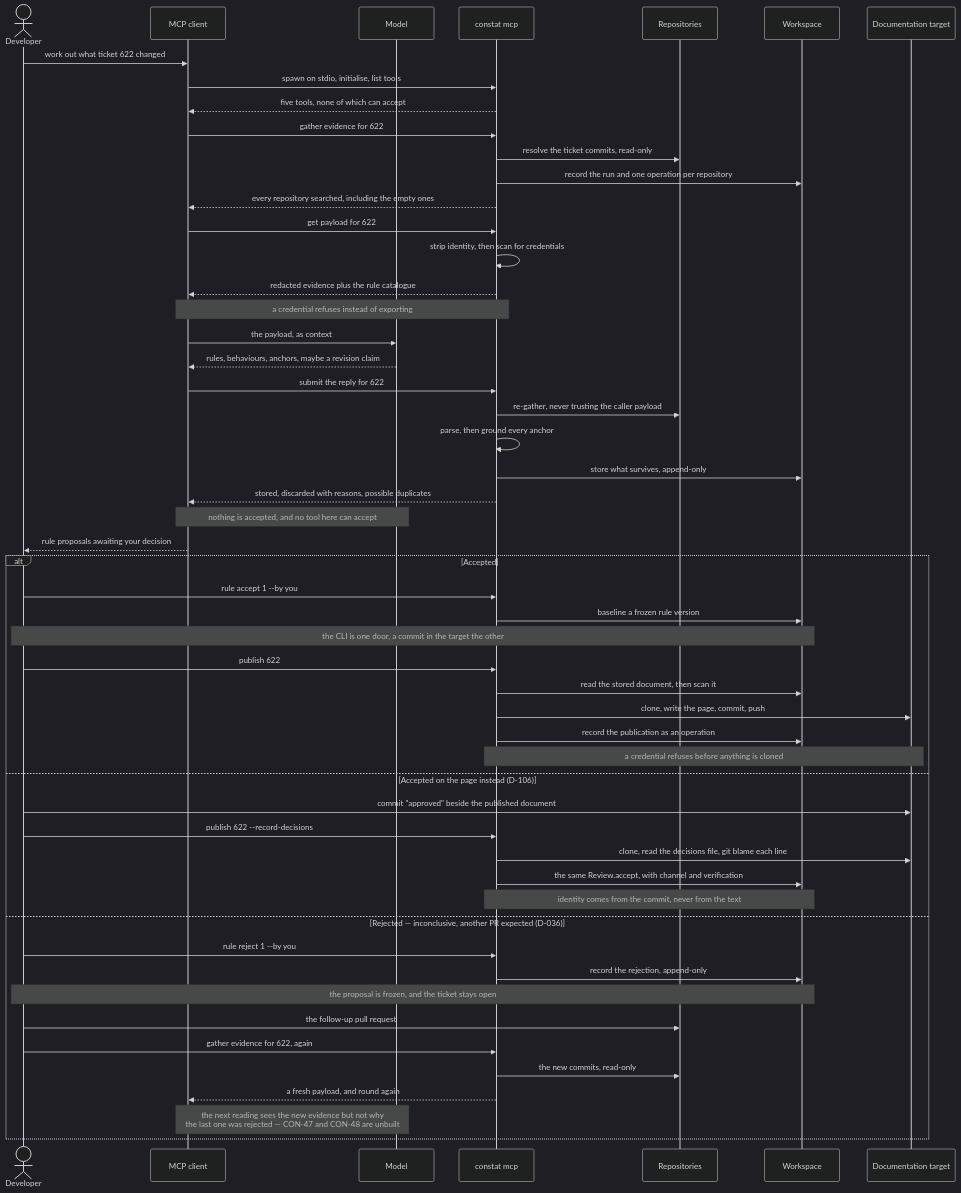
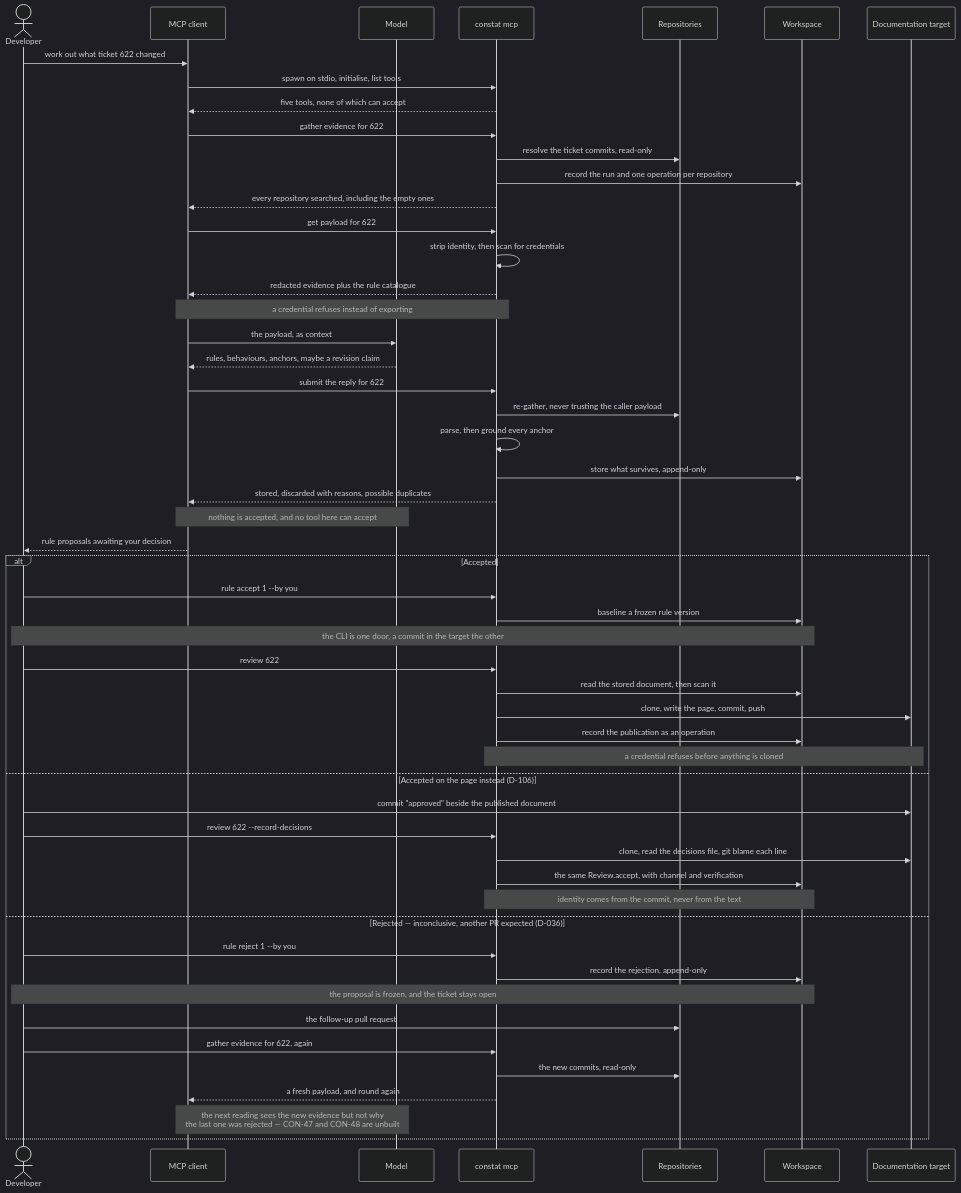
The second of 3 diagrams in ARCHITECTURE.md (padjis/constat), drawn with Mermaid (dark theme) before and after one commit. The commit also changed other lines of this file and 10 other files, not shown here.

````diff
--- a/ARCHITECTURE.md
+++ b/ARCHITECTURE.md
@@ -118,64 +118,64 @@
 ```mermaid
 sequenceDiagram
     actor Dev as Developer
     participant Host as MCP client
     participant Model
     participant Constat as constat mcp
     participant Repos as Repositories
     participant Store as Workspace
     participant Pages as Documentation target
 
     Dev->>Host: work out what ticket 622 changed
     Host->>Constat: spawn on stdio, initialise, list tools
     Constat-->>Host: five tools, none of which can accept
 
     Host->>Constat: gather evidence for 622
     Constat->>Repos: resolve the ticket commits, read-only
     Constat->>Store: record the run and one operation per repository
     Constat-->>Host: every repository searched, including the empty ones
 
     Host->>Constat: get payload for 622
     Constat->>Constat: strip identity, then scan for credentials
     Constat-->>Host: redacted evidence plus the rule catalogue
     Note over Constat,Host: a credential refuses instead of exporting
 
     Host->>Model: the payload, as context
     Model-->>Host: rules, behaviours, anchors, maybe a revision claim
 
     Host->>Constat: submit the reply for 622
     Constat->>Repos: re-gather, never trusting the caller payload
     Constat->>Constat: parse, then ground every anchor
     Constat->>Store: store what survives, append-only
     Constat-->>Host: stored, discarded with reasons, possible duplicates
     Note over Host,Model: nothing is accepted, and no tool here can accept
 
     Host-->>Dev: rule proposals awaiting your decision
 
     alt Accepted
         Dev->>Constat: rule accept 1 --by you
         Constat->>Store: baseline a frozen rule version
         Note over Dev,Store: the CLI is one door, a commit in the target the other
 
-        Dev->>Constat: publish 622
+        Dev->>Constat: review 622
         Constat->>Store: read the stored document, then scan it
         Constat->>Pages: clone, write the page, commit, push
         Constat->>Store: record the publication as an operation
         Note over Constat,Pages: a credential refuses before anything is cloned
     else Accepted on the page instead (D-106)
         Dev->>Pages: commit "approved" beside the published document
-        Dev->>Constat: publish 622 --record-decisions
+        Dev->>Constat: review 622 --record-decisions
         Constat->>Pages: clone, read the decisions file, git blame each line
         Constat->>Store: the same Review.accept, with channel and verification
         Note over Constat,Store: identity comes from the commit, never from the text
     else Rejected — inconclusive, another PR expected (D-036)
         Dev->>Constat: rule reject 1 --by you
         Constat->>Store: record the rejection, append-only
         Note over Dev,Store: the proposal is frozen, and the ticket stays open
 
         Dev->>Repos: the follow-up pull request
         Dev->>Constat: gather evidence for 622, again
         Constat->>Repos: the new commits, read-only
         Constat-->>Host: a fresh payload, and round again
         Note over Host,Model: the next reading sees the new evidence but not why<br/>the last one was rejected — CON-47 and CON-48 are unbuilt
     end
 ```
````
